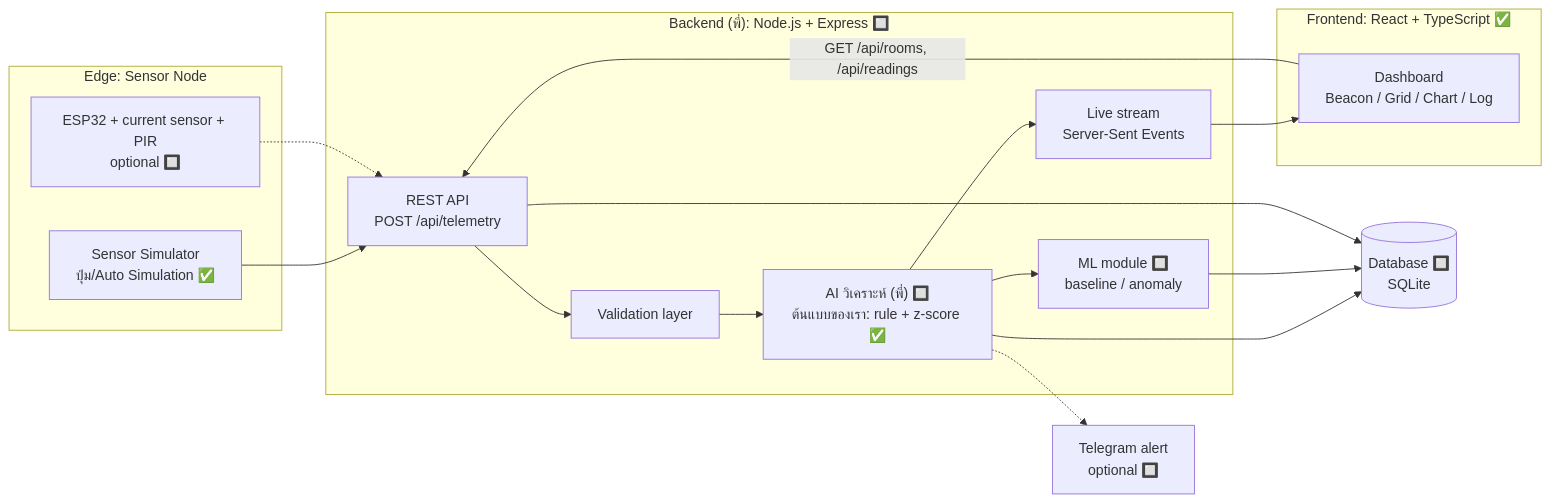
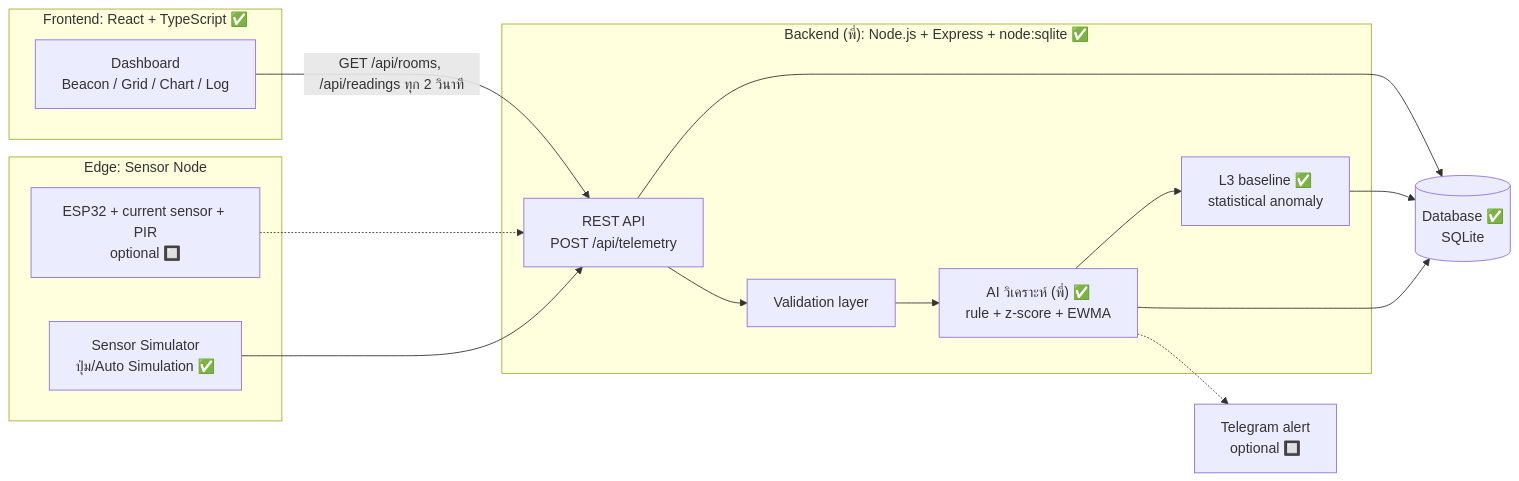
Before and after one commit to mntoyg/Projecthamsterhub: the first of 3 diagrams in project/ARCHITECTURE.md, drawn with Mermaid. The commit also changed other lines of this file and 4 other files, not shown here.

First line of the commit message:
docs: รวม architecture และ DoD ไว้ในเอกสารหลัก

````diff
--- a/project/ARCHITECTURE.md
+++ b/project/ARCHITECTURE.md
@@ -37,35 +37,35 @@
 ```mermaid
 flowchart LR
     subgraph Edge["Edge: Sensor Node"]
         SIM["Sensor Simulator<br/>ปุ่ม/Auto Simulation ✅"]
         ESP["ESP32 + current sensor + PIR<br/>optional 🔲"]
     end
 
-    subgraph BE["Backend (พี่): Node.js + Express 🔲"]
+    subgraph BE["Backend (พี่): Node.js + Express + node:sqlite ✅"]
         API["REST API<br/>POST /api/telemetry"]
         VAL["Validation layer"]
-        ENG["AI วิเคราะห์ (พี่) 🔲<br/>ต้นแบบของเรา: rule + z-score ✅"]
-        ML["ML module 🔲<br/>baseline / anomaly"]
-        SSE["Live stream<br/>Server-Sent Events"]
+        ENG["AI วิเคราะห์ (พี่) ✅<br/>rule + z-score + EWMA"]
+        L3["L3 baseline ✅<br/>statistical anomaly"]
+
     end
 
-    DB[("Database 🔲<br/>SQLite")]
+    DB[("Database ✅<br/>SQLite")]
 
     subgraph FE["Frontend: React + TypeScript ✅"]
         DASH["Dashboard<br/>Beacon / Grid / Chart / Log"]
     end
 
     NOTI["Telegram alert<br/>optional 🔲"]
 
     SIM --> API
     ESP -.-> API
     API --> VAL --> ENG
-    ENG --> ML
+    ENG --> L3
     ENG --> DB
-    ML --> DB
-    ENG --> SSE
-    SSE --> DASH
-    DASH -->|GET /api/rooms, /api/readings| API
+    L3 --> DB
+    DASH -->|GET /api/rooms, /api/readings ทุก 2 วินาที| API
+
+
     API --> DB
     ENG -.-> NOTI
 ```
````
